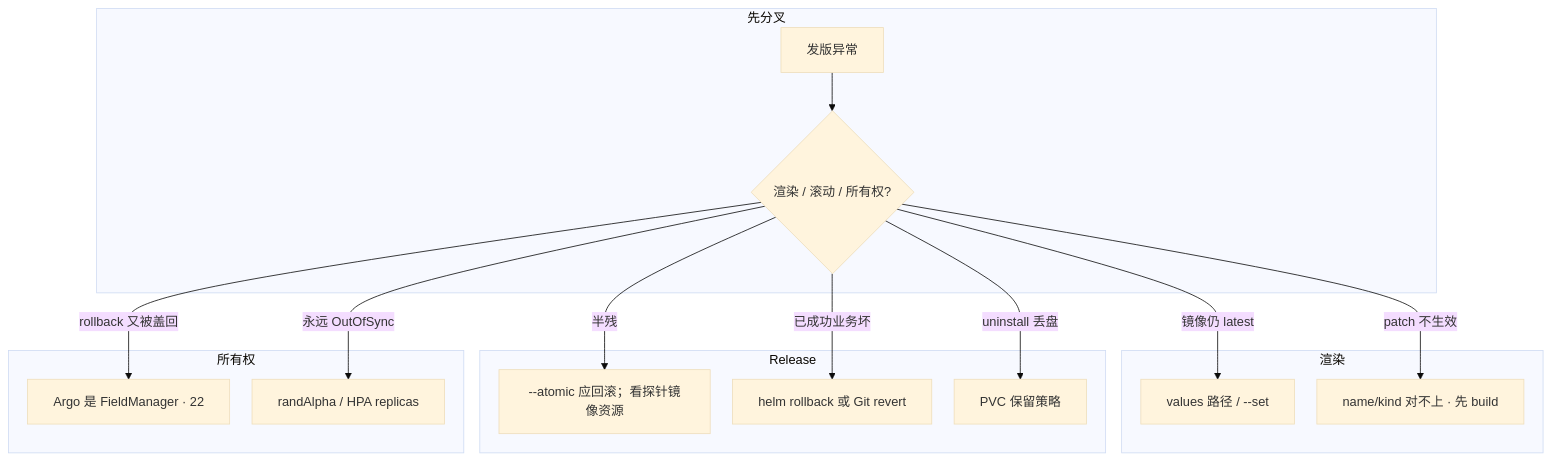
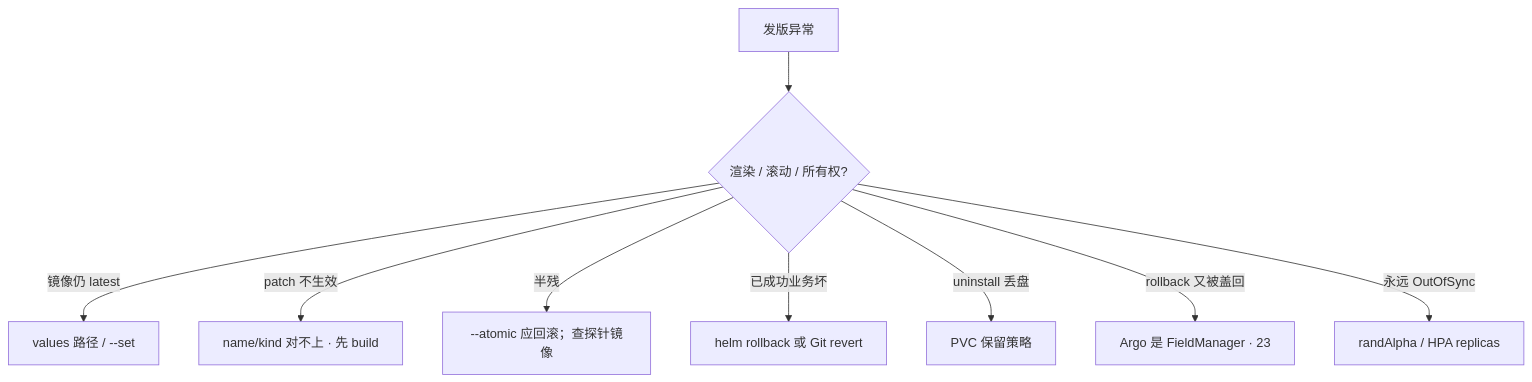
The fourth of 4 diagrams in 03-Kubernetes/22-Helm与Kustomize/知识点.md (ml-cuizijun/LearnToLilith), drawn with Mermaid before and after one commit. The commit also changed other lines of this file and 178 other files, not shown here.

````diff
--- a/03-Kubernetes/22-Helm与Kustomize/知识点.md
+++ b/03-Kubernetes/22-Helm与Kustomize/知识点.md
@@ -534,28 +376,11 @@
 ```mermaid
-%%{init: {"flowchart": {"padding": 16, "nodeSpacing": 28, "rankSpacing": 48}, "theme": "base"}}%%
 flowchart TB
-    subgraph gate ["先分叉"]
-        A[发版异常] --> B{渲染 / 滚动 / 所有权?}
-    end
-
-    subgraph rend ["渲染"]
-        B -->|镜像仍 latest| C[values 路径 / --set]
-        B -->|patch 不生效| D[name/kind 对不上 · 先 build]
-    end
-
-    subgraph rel ["Release"]
-        B -->|半残| E["--atomic 应回滚；看探针镜像资源"]
-        B -->|已成功业务坏| F[helm rollback 或 Git revert]
-        B -->|uninstall 丢盘| G[PVC 保留策略]
-    end
-
-    subgraph own ["所有权"]
-        B -->|rollback 又被盖回| H[Argo 是 FieldManager · 22]
-        B -->|永远 OutOfSync| I[randAlpha / HPA replicas]
-    end
-
-    class E,G bad
-    class F,C ok
-    class H,I,D warn
-
+    A[发版异常] --> B{渲染 / 滚动 / 所有权?}
+    B -->|镜像仍 latest| C[values 路径 / --set]
+    B -->|patch 不生效| D[name/kind 对不上 · 先 build]
+    B -->|半残| E["--atomic 应回滚；查探针镜像"]
+    B -->|已成功业务坏| F[helm rollback 或 Git revert]
+    B -->|uninstall 丢盘| G[PVC 保留策略]
+    B -->|rollback 又被盖回| H[Argo 是 FieldManager · 23]
+    B -->|永远 OutOfSync| I[randAlpha / HPA replicas]
 ```
````
